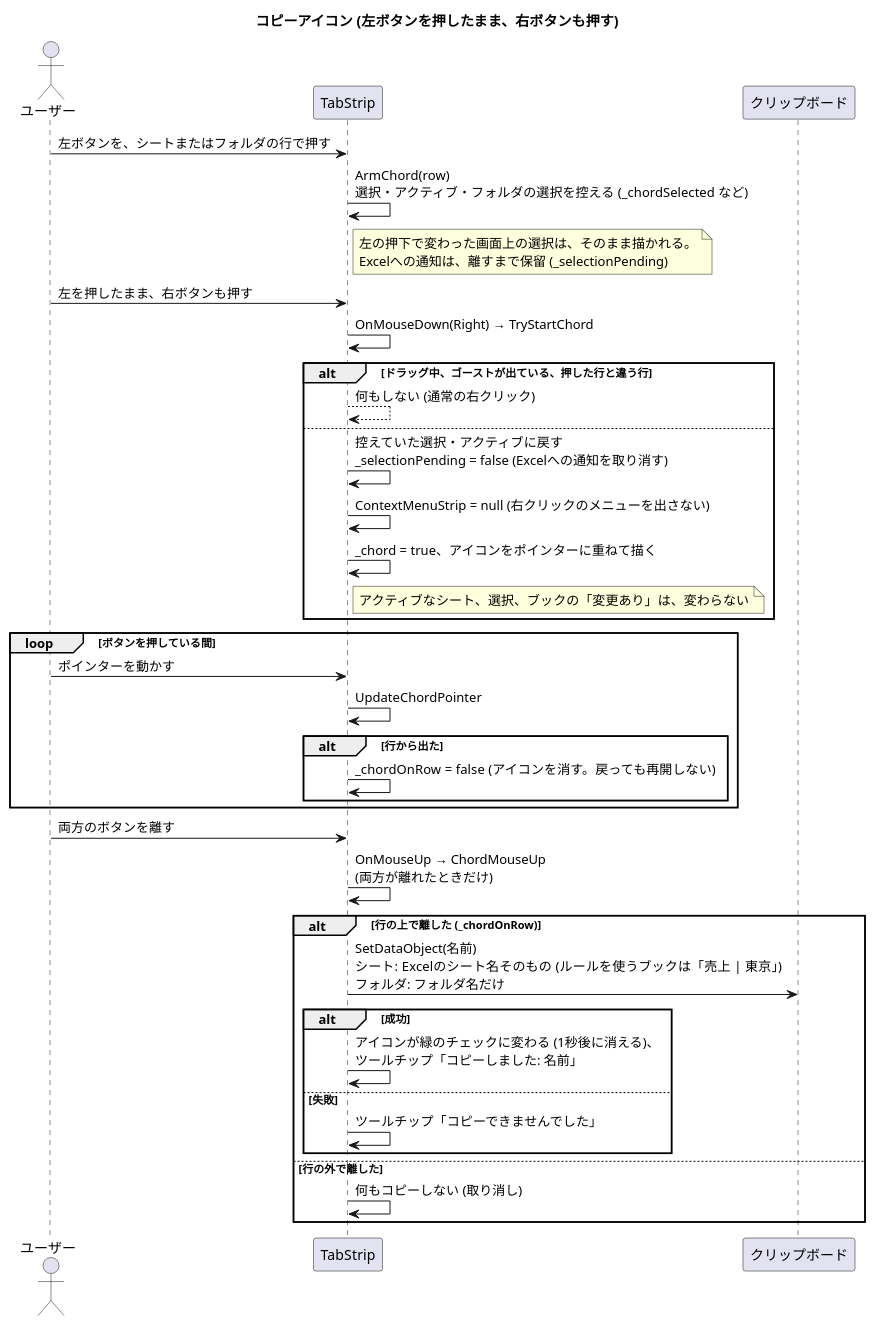
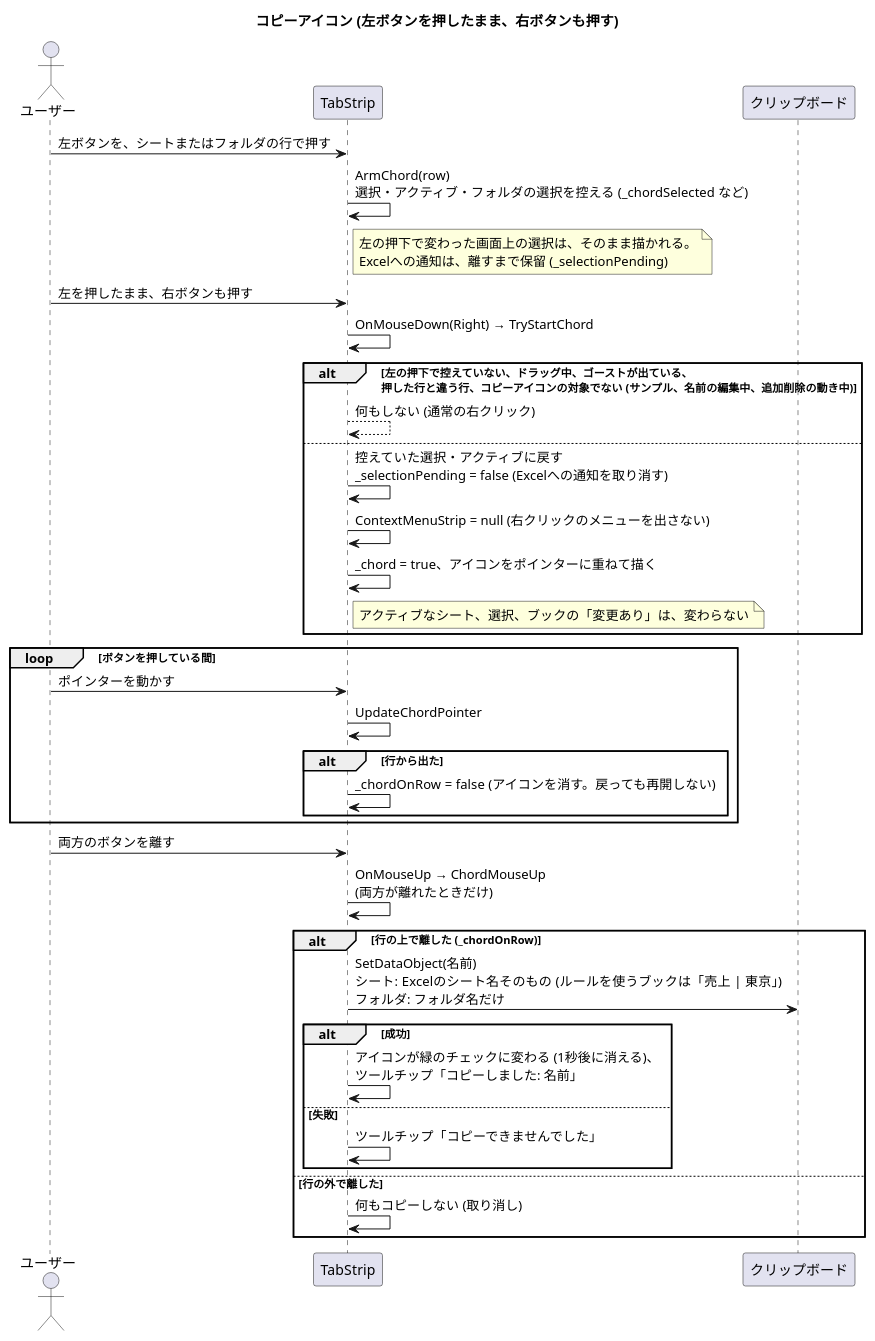
Before and after one commit to nk-taka623/VerticalSheetTabs: the diagram in docs/sequence-copyicon.puml, drawn with PlantUML. The commit also changed 49 other files, not shown here.

First line of the commit message:
設計図と説明を、実装に合わせて見直す

```diff
--- a/docs/sequence-copyicon.puml
+++ b/docs/sequence-copyicon.puml
@@ -1,45 +1,45 @@
 @startuml
 title コピーアイコン (左ボタンを押したまま、右ボタンも押す)
 skinparam shadowing false
 skinparam sequenceMessageAlign left
 
 actor "ユーザー" as U
 participant "TabStrip" as S
 participant "クリップボード" as CB
 
 U -> S : 左ボタンを、シートまたはフォルダの行で押す
 S -> S : ArmChord(row)\n選択・アクティブ・フォルダの選択を控える (_chordSelected など)
 note right of S : 左の押下で変わった画面上の選択は、そのまま描かれる。\nExcelへの通知は、離すまで保留 (_selectionPending)
 
 U -> S : 左を押したまま、右ボタンも押す
 S -> S : OnMouseDown(Right) → TryStartChord
-alt ドラッグ中、ゴーストが出ている、押した行と違う行
+alt 左の押下で控えていない、ドラッグ中、ゴーストが出ている、\n押した行と違う行、コピーアイコンの対象でない (サンプル、名前の編集中、追加削除の動き中)
   S --> S : 何もしない (通常の右クリック)
 else
   S -> S : 控えていた選択・アクティブに戻す\n_selectionPending = false (Excelへの通知を取り消す)
   S -> S : ContextMenuStrip = null (右クリックのメニューを出さない)
   S -> S : _chord = true、アイコンをポインターに重ねて描く
   note right of S : アクティブなシート、選択、ブックの「変更あり」は、変わらない
 end
 
 loop ボタンを押している間
   U -> S : ポインターを動かす
   S -> S : UpdateChordPointer
   alt 行から出た
     S -> S : _chordOnRow = false (アイコンを消す。戻っても再開しない)
   end
 end
 
 U -> S : 両方のボタンを離す
 S -> S : OnMouseUp → ChordMouseUp\n(両方が離れたときだけ)
 alt 行の上で離した (_chordOnRow)
   S -> CB : SetDataObject(名前)\nシート: Excelのシート名そのもの (ルールを使うブックは「売上 | 東京」)\nフォルダ: フォルダ名だけ
   alt 成功
     S -> S : アイコンが緑のチェックに変わる (1秒後に消える)、\nツールチップ「コピーしました: 名前」
   else 失敗
     S -> S : ツールチップ「コピーできませんでした」
   end
 else 行の外で離した
   S -> S : 何もコピーしない (取り消し)
 end
 @enduml
```
